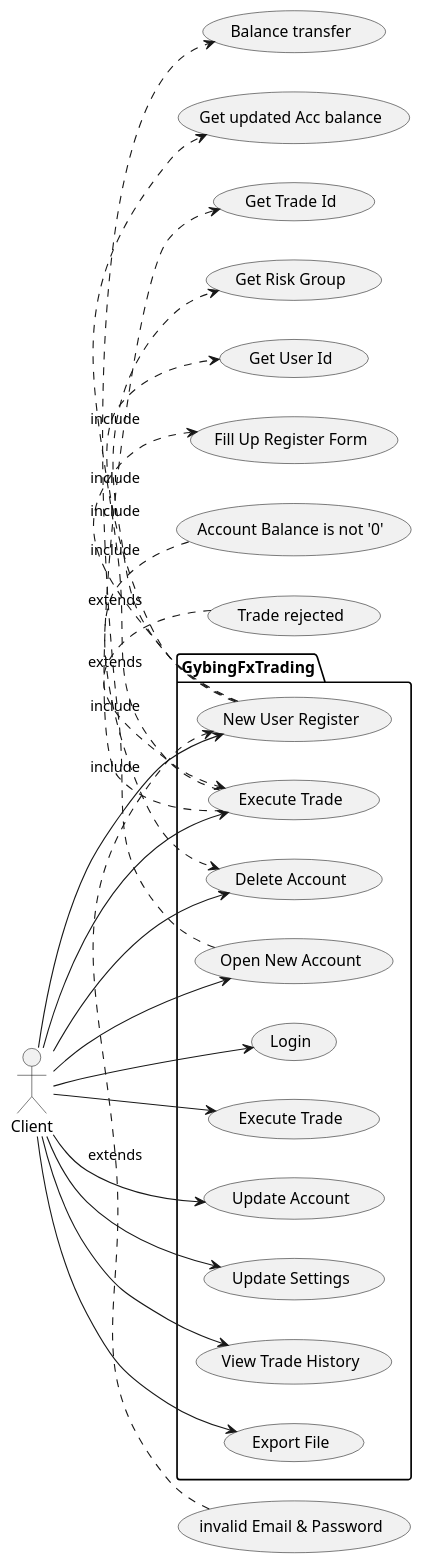
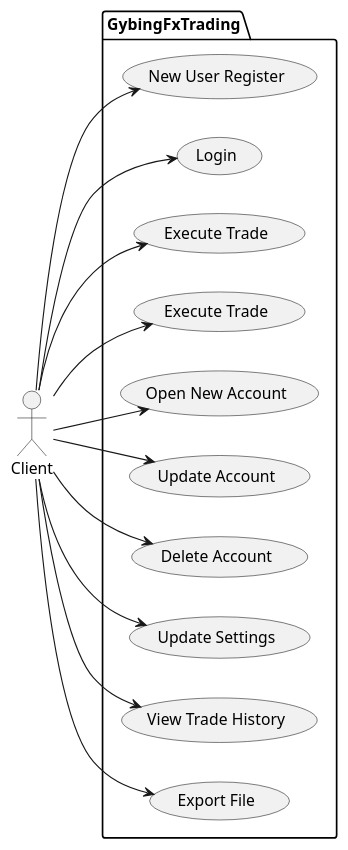
One commit to coyotiv-sose/graduation-project-DigdemD changed the diagram in architecture/clientUml.puml. Above: the diagram before and after it, drawn with PlantUML. The commit also changed other lines of this file, not shown here.

Commit message:
to simplify use case diagram removing extends and include

```diff
--- a/architecture/clientUml.puml
+++ b/architecture/clientUml.puml
@@ -2,43 +2,29 @@
 @startuml DigdemClientSide
 left to right direction
 actor Client as g
-/'package ClientWireframe {
-  actor Chef as
-  actor "Food Critic" as fcc
-}'/
+
 package GybingFxTrading {
   usecase "New User Register" as UC1
   usecase "Login" as UC2
   usecase "Execute Trade" as UC3
   usecase "Execute Trade" as UC4
   usecase "Open New Account" as UC5
   usecase "Update Account" as UC6
   usecase "Delete Account" as UC7
   usecase "Update Settings" as UC8
   usecase "View Trade History" as UC9
   usecase "Export File" as UC10
 
 }
 
-(invalid Email & Password) .> (UC1) : extends
-(Trade rejected) .> (UC3) : extends
-(Account Balance is not '0') .> (UC7) : extends
- (UC1) .> (Fill Up Register Form): include
-(UC1) .> (Get User Id): include
-(UC1) .> (Get Risk Group): include
-(UC3) .> (Get Trade Id): include
-(UC3) .> (Get updated Acc balance): include
-(UC5) .> (Balance transfer): include
-
-
 g --> UC1
 g --> UC2
 g --> UC3
 g --> UC4
 g --> UC5
 g --> UC6
 g --> UC7
 g --> UC8
 g --> UC9
 g --> UC10
 @enduml
```
